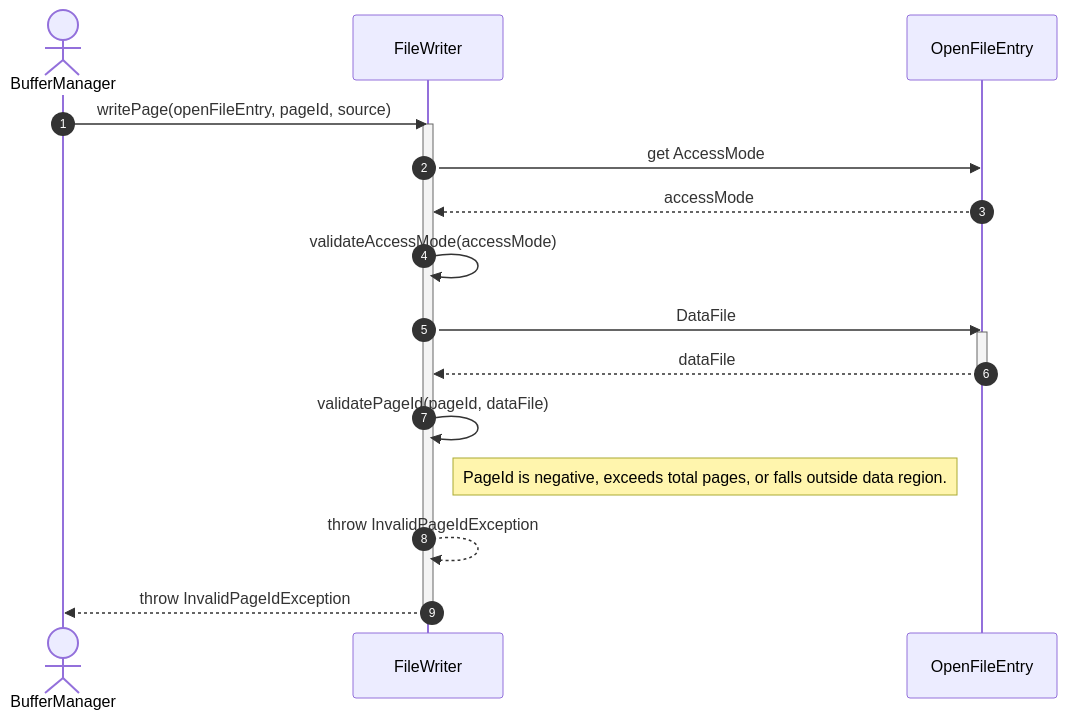
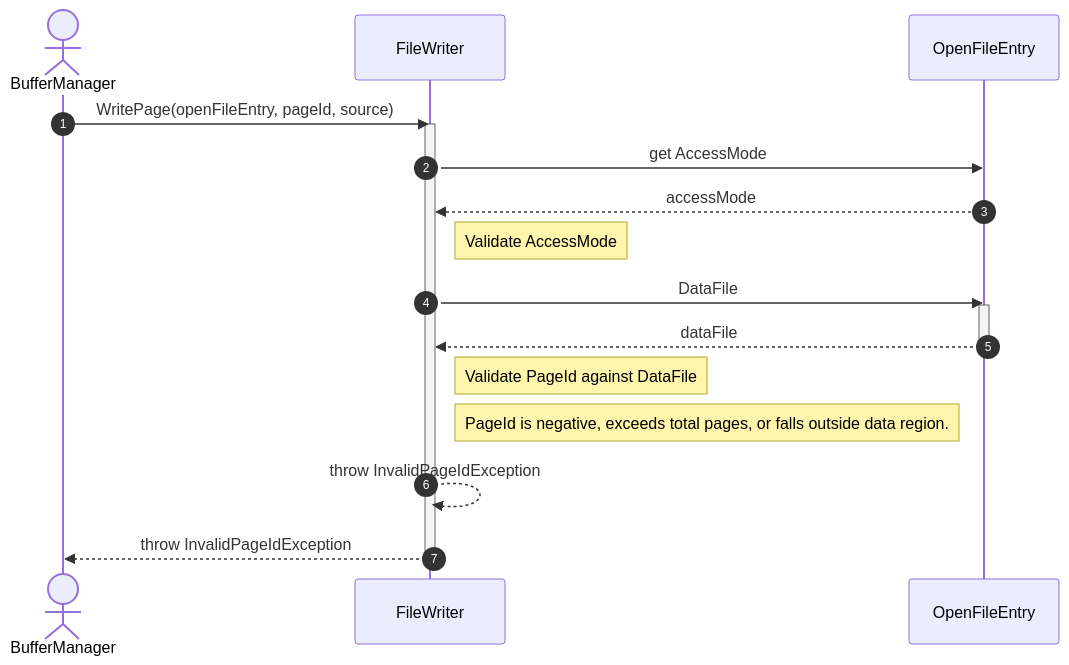
The third of 5 diagrams in docs/diagrams/sequence-diagrams/storage-engine/file-management/file-io/write-file.md (manaxpow/DBMS), drawn with Mermaid before and after one commit. The commit also changed other lines of this file and 98 other files, not shown here.

````diff
--- a/docs/diagrams/sequence-diagrams/storage-engine/file-management/file-io/write-file.md
+++ b/docs/diagrams/sequence-diagrams/storage-engine/file-management/file-io/write-file.md
@@ -82,27 +82,27 @@
 ```mermaid
 sequenceDiagram
     autonumber
     actor BM as BufferManager
     participant FW as FileWriter
     participant OE as OpenFileEntry
 
-    BM->>FW: writePage(openFileEntry, pageId, source)
+    BM->>FW: WritePage(openFileEntry, pageId, source)
     activate FW
     
     FW->>OE: get AccessMode
     OE-->>FW: accessMode
     
-    FW->>FW: validateAccessMode(accessMode)
+    note right of FW: Validate AccessMode
     
     FW->>OE: DataFile
     activate OE
     OE-->>FW: dataFile
     deactivate OE
     
-    FW->>FW: validatePageId(pageId, dataFile)
+    note right of FW: Validate PageId against DataFile
     note right of FW: PageId is negative, exceeds total pages, or falls outside data region.
     FW-->>FW: throw InvalidPageIdException
     
     FW-->>BM: throw InvalidPageIdException
     deactivate FW
 ```
````
